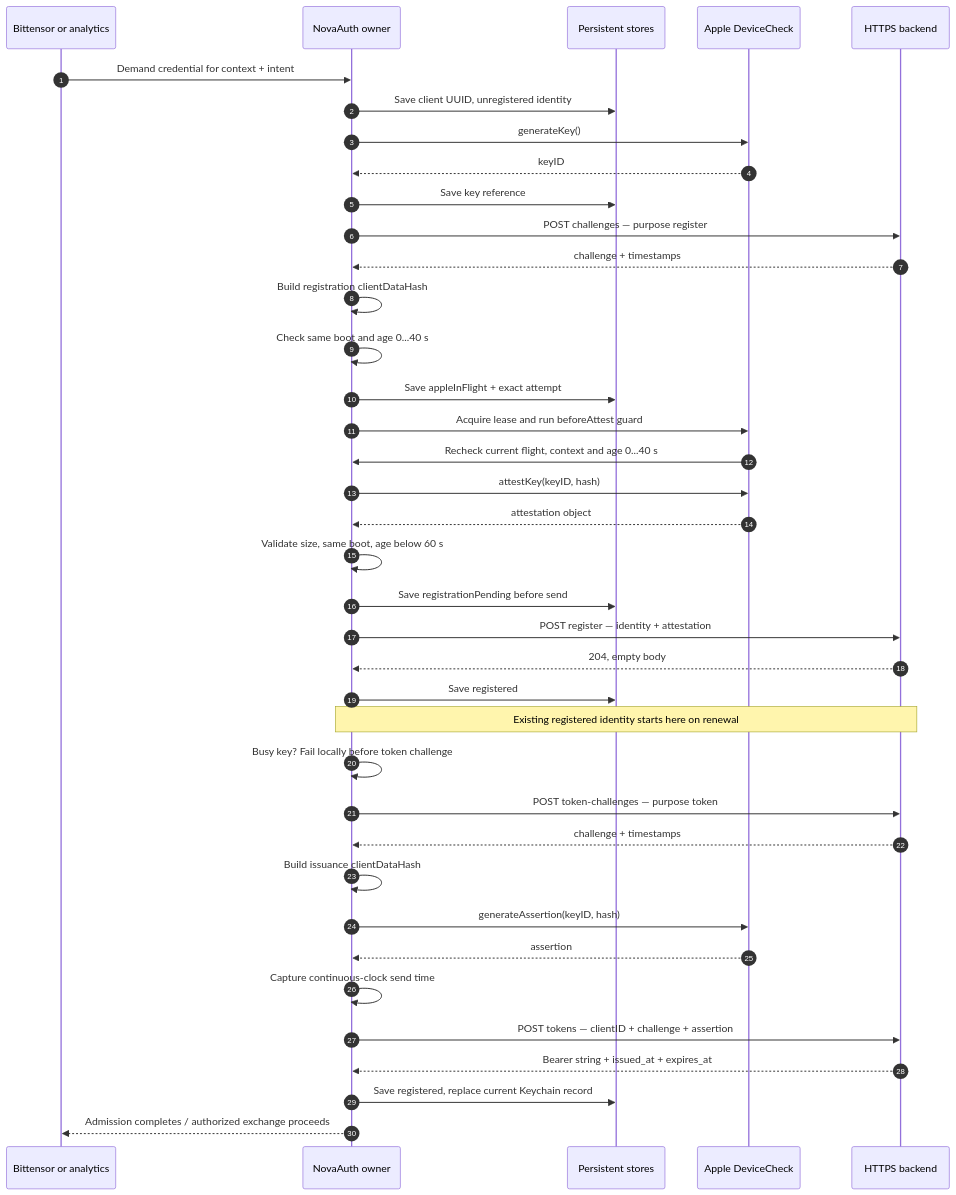
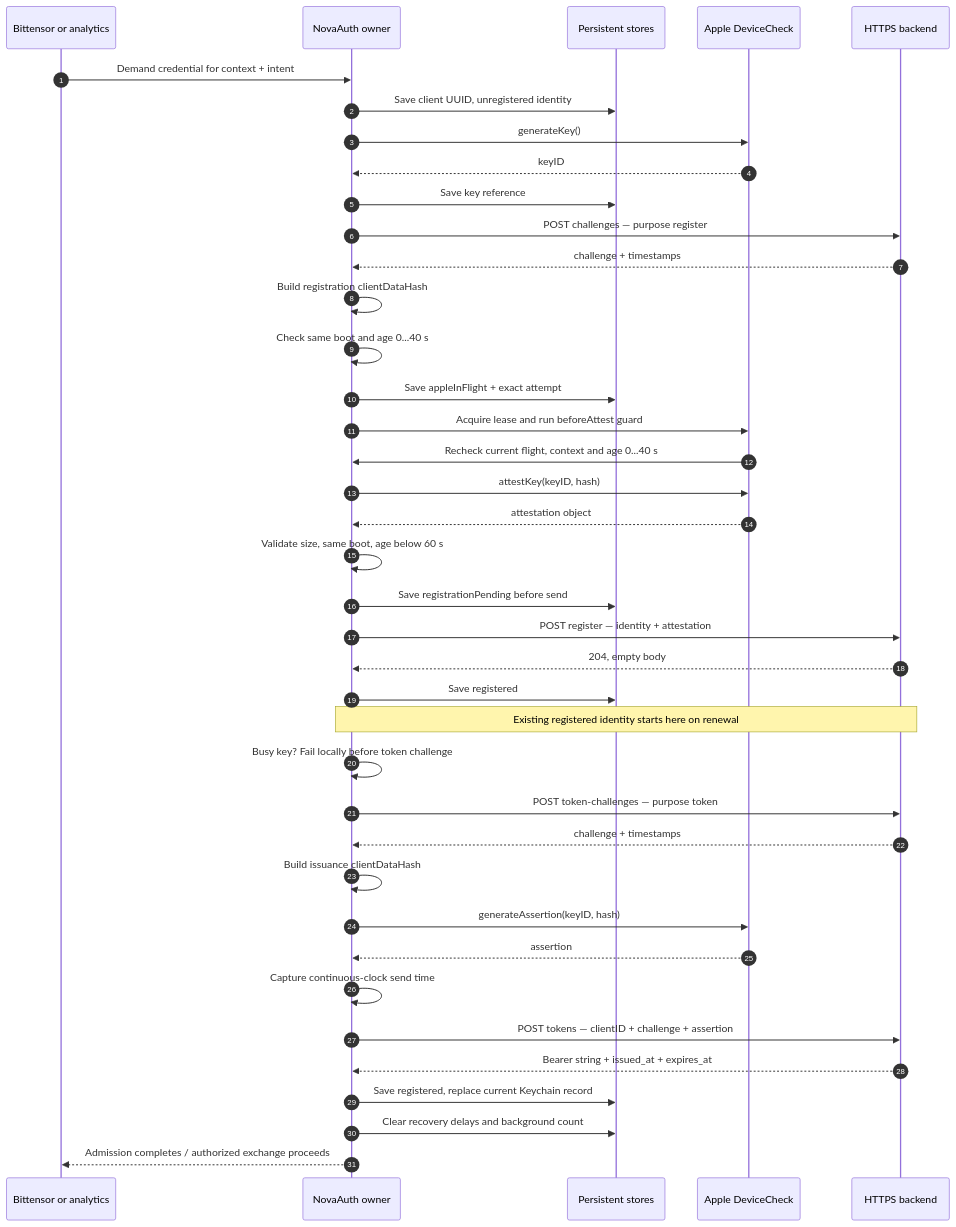
The second of 10 diagrams in .claude/docs/architecture/novaauth-client-diagrams.md (novasamatech/nova-wallet-ios), drawn with Mermaid before and after one commit. The commit also changed other lines of this file and 4 other files, not shown here.

````diff
--- a/.claude/docs/architecture/novaauth-client-diagrams.md
+++ b/.claude/docs/architecture/novaauth-client-diagrams.md
@@ -54,40 +54,41 @@
 ```mermaid
 sequenceDiagram
   autonumber
   participant C as Bittensor or analytics
   participant N as NovaAuth owner
   participant S as Persistent stores
   participant A as Apple DeviceCheck
   participant H as HTTPS backend
   C->>N: Demand credential for context + intent
   N->>S: Save client UUID, unregistered identity
   N->>A: generateKey()
   A-->>N: keyID
   N->>S: Save key reference
   N->>H: POST challenges — purpose register
   H-->>N: challenge + timestamps
   N->>N: Build registration clientDataHash
   N->>N: Check same boot and age 0...40 s
   N->>S: Save appleInFlight + exact attempt
   N->>A: Acquire lease and run beforeAttest guard
   A->>N: Recheck current flight, context and age 0...40 s
   N->>A: attestKey(keyID, hash)
   A-->>N: attestation object
   N->>N: Validate size, same boot, age below 60 s
   N->>S: Save registrationPending before send
   N->>H: POST register — identity + attestation
   H-->>N: 204, empty body
   N->>S: Save registered
   Note over N,H: Existing registered identity starts here on renewal
   N->>N: Busy key? Fail locally before token challenge
   N->>H: POST token-challenges — purpose token
   H-->>N: challenge + timestamps
   N->>N: Build issuance clientDataHash
   N->>A: generateAssertion(keyID, hash)
   A-->>N: assertion
   N->>N: Capture continuous-clock send time
   N->>H: POST tokens — clientID + challenge + assertion
   H-->>N: Bearer string + issued_at + expires_at
   N->>S: Save registered, replace current Keychain record
+  N->>S: Clear recovery delays and background count
   N-->>C: Admission completes / authorized exchange proceeds
 ```
````
